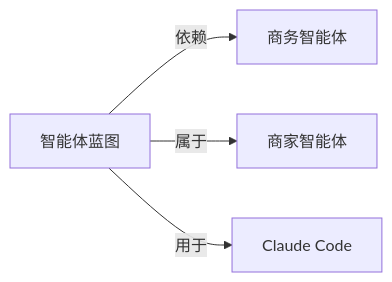
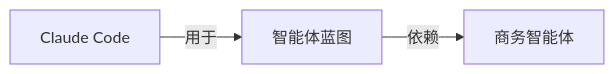
Before and after one commit to yibie/claude-best-practices-zh: the diagram in wiki/智能体蓝图.md, drawn with Mermaid. The commit also changed other lines of this file and 407 other files, not shown here.

Commit message:
feat: DeepSeek 三遍审校（译文/关系/图谱）+ 可部署静态站点

````diff
--- a/wiki/智能体蓝图.md
+++ b/wiki/智能体蓝图.md
@@ -44,7 +44,6 @@
 ```mermaid
 graph LR
   C["智能体蓝图"]
-  C -->|依赖| N0["商务智能体"]
-  C -->|属于| N1["商家智能体"]
-  C -->|用于| N2["Claude Code"]
+  N0["Claude Code"] -->|用于| C
+  C -->|依赖| N1["商务智能体"]
 ```
````
